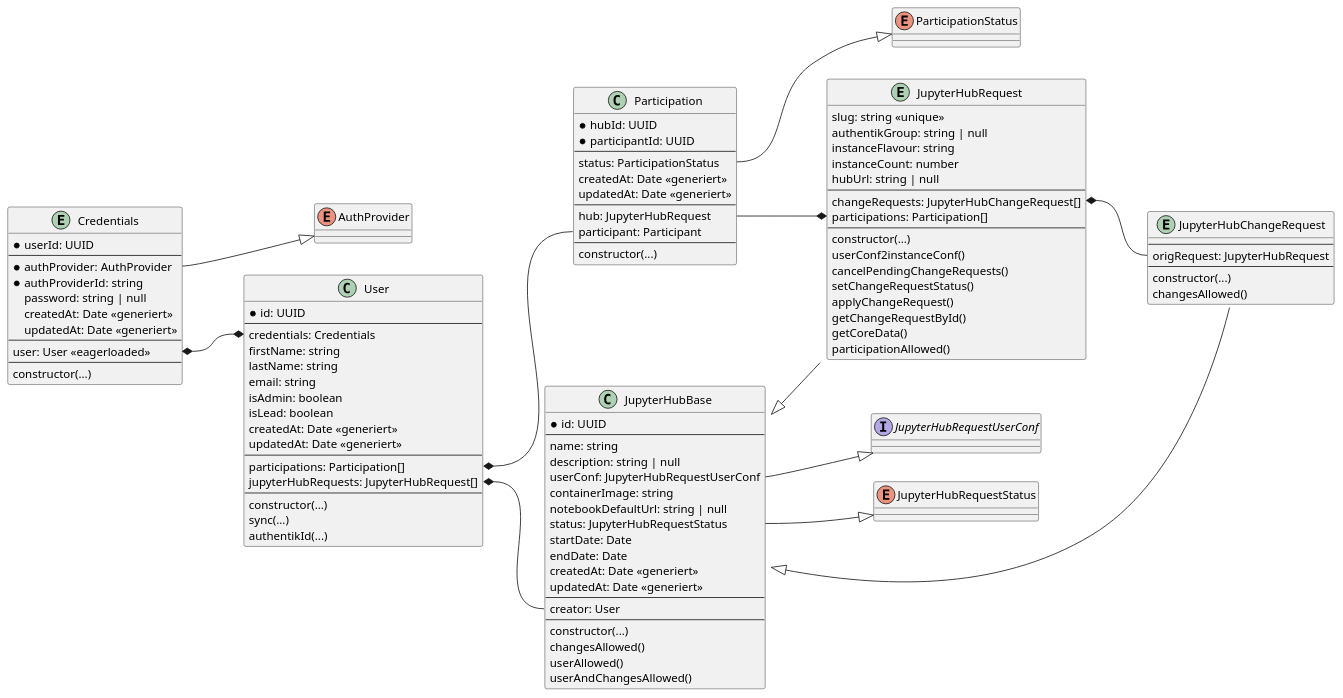
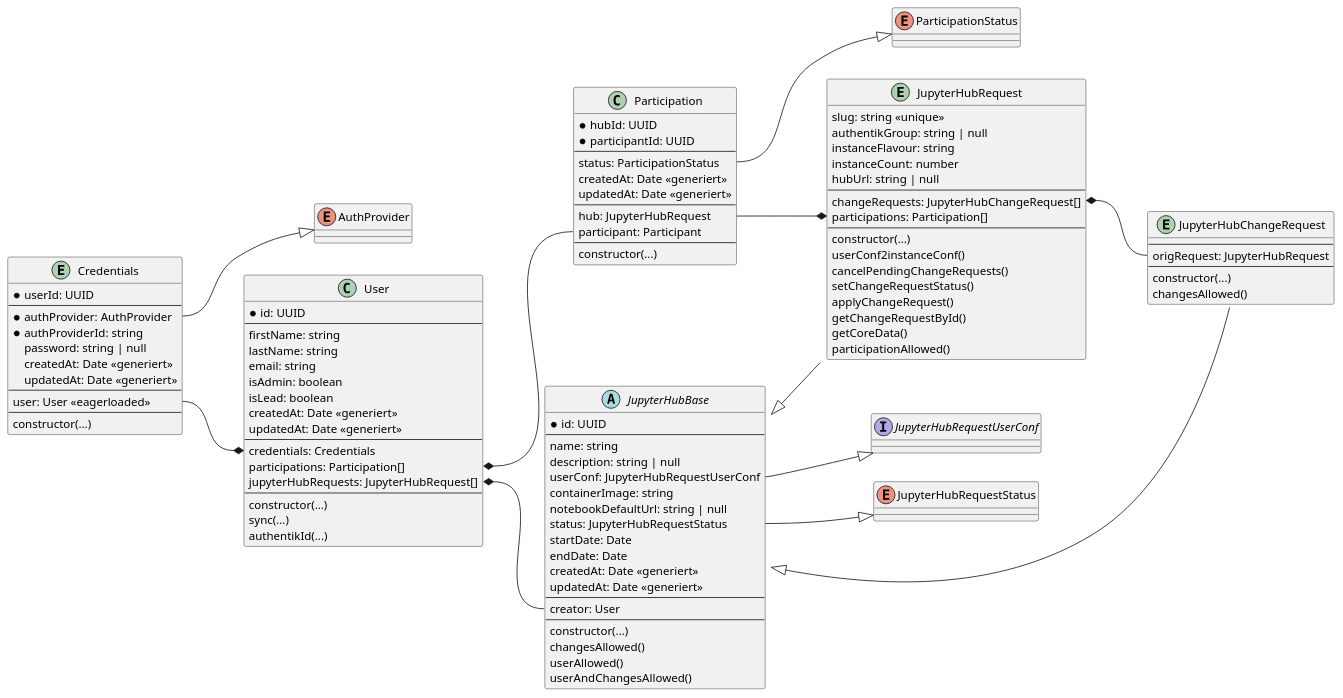
Before and after one commit to JLU-BCF/JHaaS-Portal-Backend: the diagram in docs/ClassDiagram.puml, drawn with PlantUML. The commit also changed 1 other file, not shown here.

Commit message:
update class diagramn

```diff
--- a/docs/ClassDiagram.puml
+++ b/docs/ClassDiagram.puml
@@ -1,128 +1,128 @@
 @startuml JHaaS Portal
 ' skinparam linetype polyline
 ' skinparam linetype ortho
 left to right direction
 
 together {
   enum              AuthProvider
   entity            Credentials {
     * userId: UUID
     ---
     * authProvider: AuthProvider
     * authProviderId: string
     password: string | null
     createdAt: Date <<generiert>>
     updatedAt: Date <<generiert>>
     ---
     user: User <<eagerloaded>>
     ---
     constructor(...)
   }
 
   class             User {
     * id: UUID
     ---
-    credentials: Credentials
     firstName: string
     lastName: string
     email: string
     isAdmin: boolean
     isLead: boolean
     createdAt: Date <<generiert>>
     updatedAt: Date <<generiert>>
     ---
+    credentials: Credentials
     participations: Participation[]
     jupyterHubRequests: JupyterHubRequest[]
     ---
     constructor(...)
     sync(...)
     authentikId(...)
   }
 }
 
 enum              ParticipationStatus
 class             Participation {
   * hubId: UUID
   * participantId: UUID
   ---
   status: ParticipationStatus
   createdAt: Date <<generiert>>
   updatedAt: Date <<generiert>>
   ---
   hub: JupyterHubRequest
   participant: Participant
   ---
   constructor(...)
 }
 
 together {
   enum              JupyterHubRequestStatus
   interface         JupyterHubRequestUserConf
-  class             JupyterHubBase {
+  abstract          JupyterHubBase {
     * id: UUID
     ---
     name: string
     description: string | null
     userConf: JupyterHubRequestUserConf
     containerImage: string
     notebookDefaultUrl: string | null
     status: JupyterHubRequestStatus
     startDate: Date
     endDate: Date
     createdAt: Date <<generiert>>
     updatedAt: Date <<generiert>>
     ---
     creator: User
     ---
     constructor(...)
     changesAllowed()
     userAllowed()
     userAndChangesAllowed()
   }
 }
 together {
   entity            JupyterHubRequest {
     slug: string <<unique>>
     authentikGroup: string | null
     instanceFlavour: string
     instanceCount: number
     hubUrl: string | null
     ---
     changeRequests: JupyterHubChangeRequest[]
     participations: Participation[]
     ---
     constructor(...)
     userConf2instanceConf()
     cancelPendingChangeRequests()
     setChangeRequestStatus()
     applyChangeRequest()
     getChangeRequestById()
     getCoreData()
     participationAllowed()
   }
   entity            JupyterHubChangeRequest {
     ---
     origRequest: JupyterHubRequest
     ---
     constructor(...)
     changesAllowed()
   }
 }
 
 JupyterHubBase <|-- JupyterHubRequest
 JupyterHubBase <|-- JupyterHubChangeRequest
 
 Credentials::authProvider --|> AuthProvider
-Credentials::user *--* User::credentials
+Credentials::user --* User::credentials
 
 User::jupyterHubRequests *-- JupyterHubBase::creator
 User::participations *-- Participation::participant
 
 Participation::status --|> ParticipationStatus
 Participation::hub --* JupyterHubRequest::participations
 
 JupyterHubBase::userConf --|> JupyterHubRequestUserConf
 JupyterHubBase::status --|> JupyterHubRequestStatus
 
 JupyterHubRequest::changeRequests *-- JupyterHubChangeRequest::origRequest
 @enduml
```
